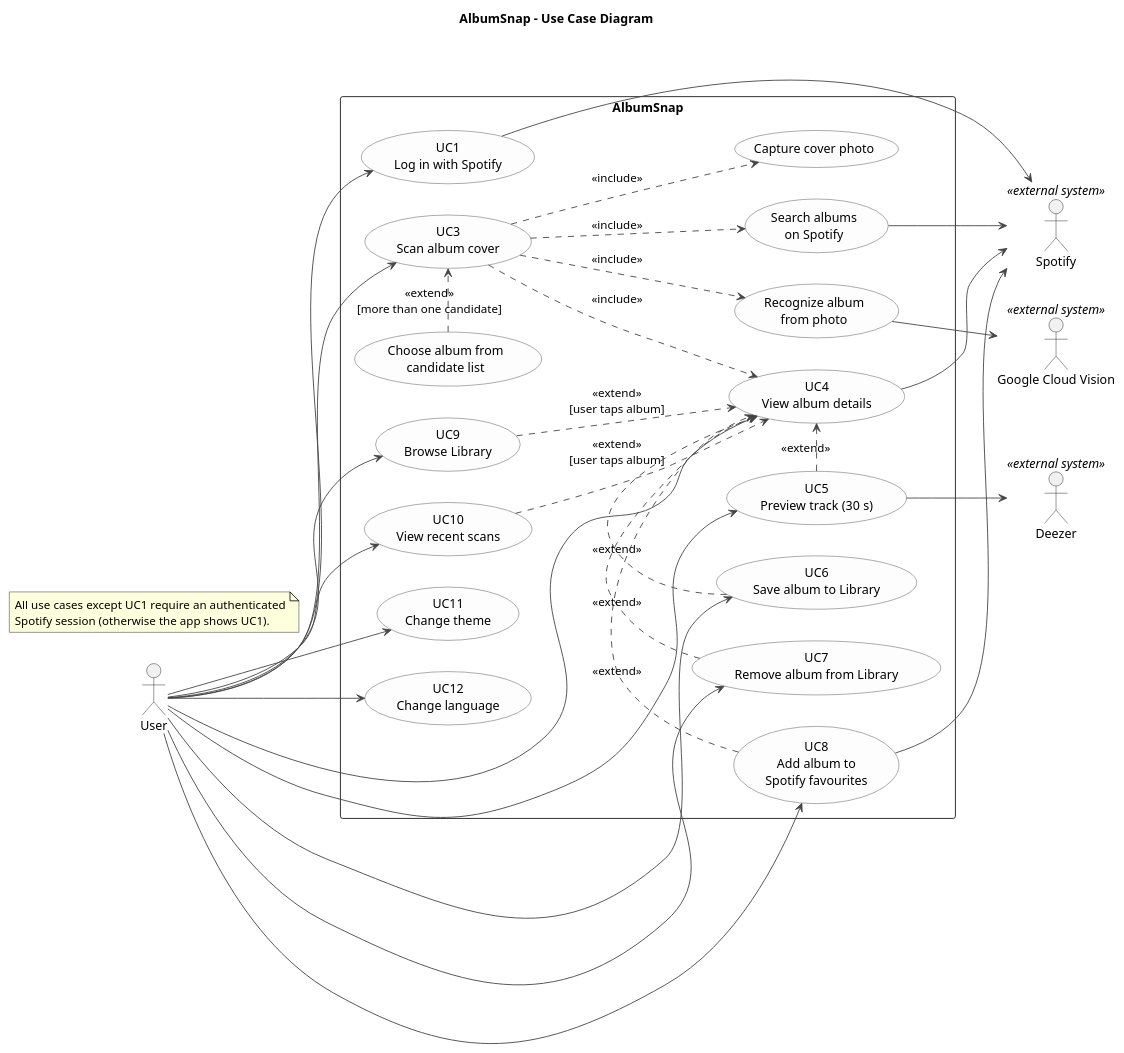
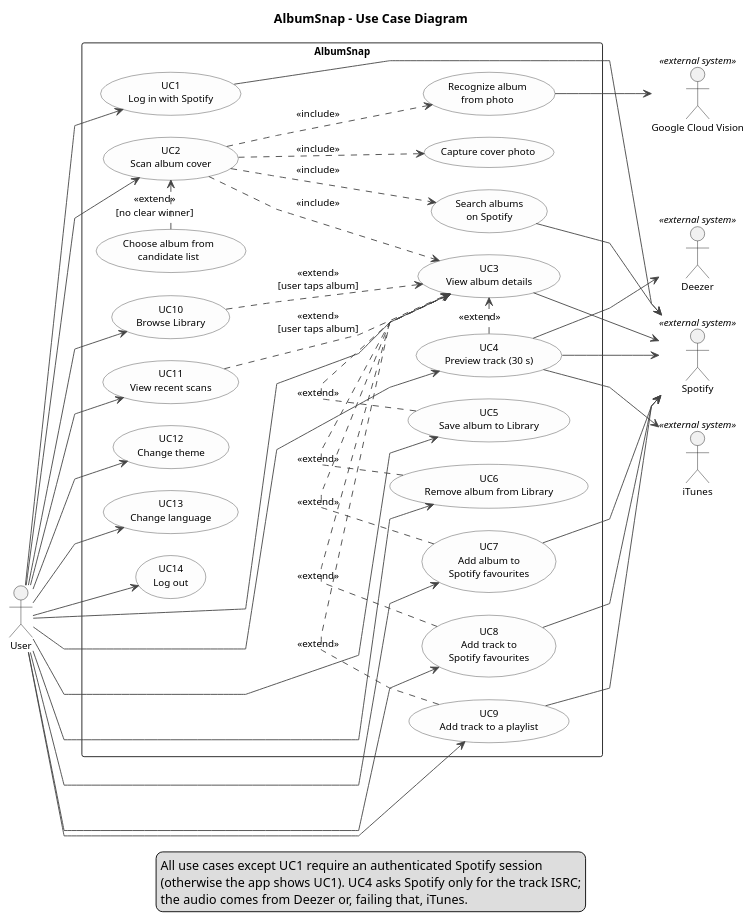
The diagram in docs/uml/use_cases.puml (nunoc-isep/DSSMV_ProjectDroid_1251610_1241122), drawn with PlantUML before and after one commit. The commit also changed 67 other files, not shown here.

Commit message:
Adição de novos diagramas e atualização dos antigos.

```diff
--- a/docs/uml/use_cases.puml
+++ b/docs/uml/use_cases.puml
@@ -1,79 +1,89 @@
-@startuml AlbumSnapUseCases
-
+@startuml
 title AlbumSnap - Use Case Diagram
-
 skinparam shadowing false
 skinparam packageStyle rectangle
+skinparam defaultFontSize 11
 skinparam usecase {
   BackgroundColor #FDFDFD
   BorderColor #444444
 }
 skinparam ArrowColor #444444
 left to right direction
+skinparam linetype polyline
+skinparam nodesep 25
+skinparam ranksep 70
 
 actor "User" as U
 actor "Spotify" as SP <<external system>>
 actor "Google Cloud Vision" as GV <<external system>>
 actor "Deezer" as DZ <<external system>>
+actor "iTunes" as IT <<external system>>
 
 rectangle "AlbumSnap" {
-
   usecase "UC1\nLog in with Spotify" as UC1
-
-  usecase "UC3\nScan album cover" as UC3
-  usecase "Capture cover photo" as UC3a
-  usecase "Recognize album\nfrom photo" as UC3b
-  usecase "Search albums\non Spotify" as UC3c
-  usecase "Choose album from\ncandidate list" as UC3d
-
-  usecase "UC4\nView album details" as UC4
-  usecase "UC5\nPreview track (30 s)" as UC5
-  usecase "UC6\nSave album to Library" as UC6
-  usecase "UC7\nRemove album from Library" as UC7
-  usecase "UC8\nAdd album to\nSpotify favourites" as UC8
-
-  usecase "UC9\nBrowse Library" as UC9
-  usecase "UC10\nView recent scans" as UC10
-
-  usecase "UC11\nChange theme" as UC11
-  usecase "UC12\nChange language" as UC12
+  usecase "UC2\nScan album cover" as UC2
+  usecase "Capture cover photo" as UC2a
+  usecase "Recognize album\nfrom photo" as UC2b
+  usecase "Search albums\non Spotify" as UC2c
+  usecase "Choose album from\ncandidate list" as UC2d
+  usecase "UC3\nView album details" as UC3
+  usecase "UC4\nPreview track (30 s)" as UC4
+  usecase "UC5\nSave album to Library" as UC5
+  usecase "UC6\nRemove album from Library" as UC6
+  usecase "UC7\nAdd album to\nSpotify favourites" as UC7
+  usecase "UC8\nAdd track to\nSpotify favourites" as UC8
+  usecase "UC9\nAdd track to a playlist" as UC9
+  usecase "UC10\nBrowse Library" as UC10
+  usecase "UC11\nView recent scans" as UC11
+  usecase "UC12\nChange theme" as UC12
+  usecase "UC13\nChange language" as UC13
+  usecase "UC14\nLog out" as UC14
 }
 
 U --> UC1
+U --> UC2
 U --> UC3
 U --> UC4
 U --> UC5
 U --> UC6
 U --> UC7
 U --> UC8
 U --> UC9
 U --> UC10
 U --> UC11
 U --> UC12
+U --> UC13
+U --> UC14
 
-UC3 ..> UC3a : <<include>>
-UC3 ..> UC3b : <<include>>
-UC3 ..> UC3c : <<include>>
-UC3d .> UC3 : <<extend>>\n[more than one candidate]
-UC3 ..> UC4 : <<include>>
+UC2 ..> UC2a : <<include>>
+UC2 ..> UC2b : <<include>>
+UC2 ..> UC2c : <<include>>
+UC2d .> UC2 : <<extend>>\n[no clear winner]
+UC2 ..> UC3 : <<include>>
 
-UC9 ..> UC4 : <<extend>>\n[user taps album]
-UC10 ..> UC4 : <<extend>>\n[user taps album]
-UC5 .> UC4 : <<extend>>
-UC6 .> UC4 : <<extend>>
-UC7 .> UC4 : <<extend>>
-UC8 .> UC4 : <<extend>>
+UC10 ..> UC3 : <<extend>>\n[user taps album]
+UC11 ..> UC3 : <<extend>>\n[user taps album]
+UC4 .> UC3 : <<extend>>
+UC5 .> UC3 : <<extend>>
+UC6 .> UC3 : <<extend>>
+UC7 .> UC3 : <<extend>>
+UC8 .> UC3 : <<extend>>
+UC9 .> UC3 : <<extend>>
 
 UC1 --> SP
-UC3b --> GV
-UC3c --> SP
+UC2b --> GV
+UC2c --> SP
+UC3 --> SP
 UC4 --> SP
-UC5 --> DZ
+UC4 --> DZ
+UC4 --> IT
+UC7 --> SP
 UC8 --> SP
+UC9 --> SP
 
-note as N1
-  All use cases except UC1 require an authenticated
-  Spotify session (otherwise the app shows UC1).
-end note
-
+legend bottom
+  All use cases except UC1 require an authenticated Spotify session
+  (otherwise the app shows UC1). UC4 asks Spotify only for the track ISRC;
+  the audio comes from Deezer or, failing that, iTunes.
+endlegend
 @enduml
```
